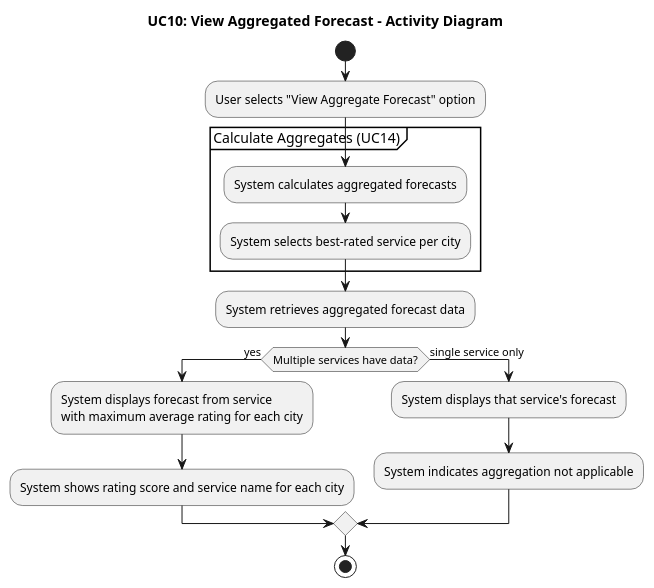
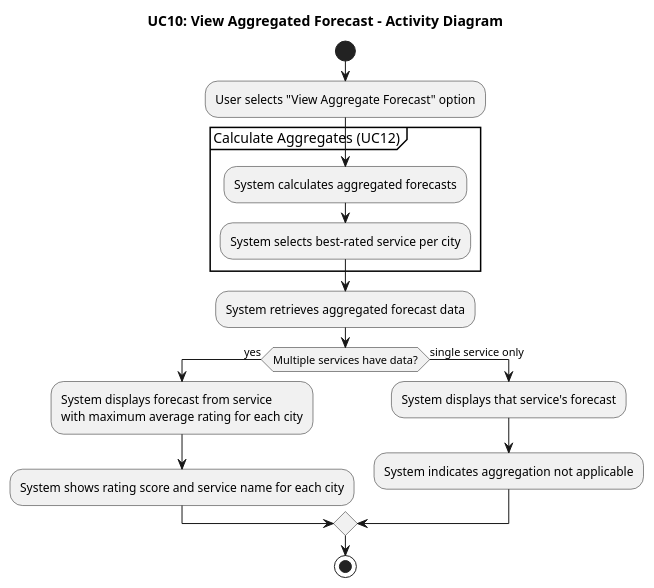
Before and after one commit to ManosMorf97/Weather-Forecasts-AI-Remastered: the diagram in requirements/activity_diagrams/UC10_View_Aggregated_Forecast.puml, drawn with PlantUML. The commit also changed 24 other files, not shown here.

```diff
--- a/requirements/activity_diagrams/UC10_View_Aggregated_Forecast.puml
+++ b/requirements/activity_diagrams/UC10_View_Aggregated_Forecast.puml
@@ -1,26 +1,26 @@
 @startuml UC10_View_Aggregated_Forecast_Activity_Diagram
 
 title UC10: View Aggregated Forecast - Activity Diagram
 
 start
 :User selects "View Aggregate Forecast" option;
 
-partition "Calculate Aggregates (UC14)" {
+partition "Calculate Aggregates (UC12)" {
   :System calculates aggregated forecasts;
   :System selects best-rated service per city;
 }
 
 :System retrieves aggregated forecast data;
 
 if (Multiple services have data?) then (yes)
   :System displays forecast from service
   with maximum average rating for each city;
   :System shows rating score and service name for each city;
 else (single service only)
   :System displays that service's forecast;
   :System indicates aggregation not applicable;
 endif
 
 stop
 
 @enduml
```
